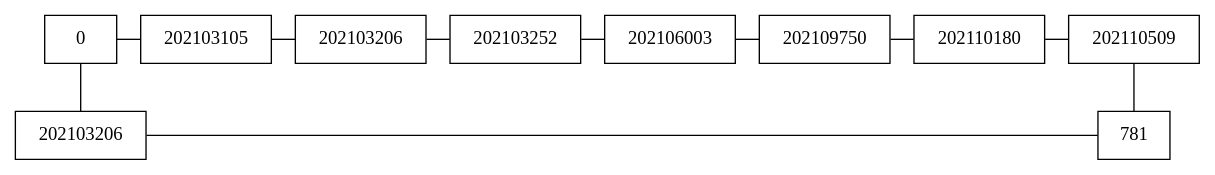
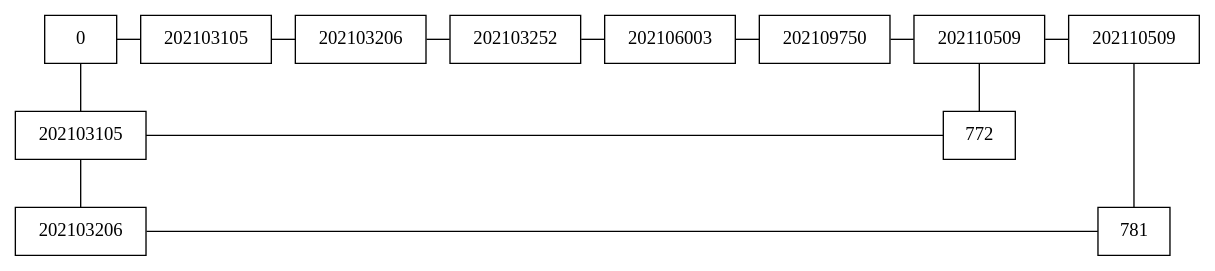
Before and after one commit to Juanj098/EDD_VD2S2023_PY_201900532: the diagram in matriz.dot, drawn with Graphviz. The commit also changed 4 other files, not shown here.

```diff
--- a/matriz.dot
+++ b/matriz.dot
@@ -1,29 +1,36 @@
 
 digraph G {
 	node[shape=cluster]
 	rankdir=UD
 	{rank = min
-		nodo00[label="0" rankdir=LR group="0"]
-		nodo20[label="202103105" rankdir=LR group="2"]
-		nodo30[label="202103206" rankdir=LR group="3"]
-		nodo40[label="202103252" rankdir=LR group="4"]
-		nodo50[label="202106003" rankdir=LR group="5"]
-		nodo60[label="202109750" rankdir=LR group="6"]
-		nodo70[label="202110180" rankdir=LR group="7"]
-		nodo80[label="202110509" rankdir=LR group="8"]
+		nodo00[label="0" rankdir=LR group=0]
+		nodo20[label="202103105" rankdir=LR group=2]
+		nodo30[label="202103206" rankdir=LR group=3]
+		nodo40[label="202103252" rankdir=LR group=4]
+		nodo50[label="202106003" rankdir=LR group=5]
+		nodo60[label="202109750" rankdir=LR group=6]
+		nodo70[label="202110509" rankdir=LR group=7]
+		nodo80[label="202110509" rankdir=LR group=8]
 	}
 	{rank=same
-		nodo02[label="202103206" group="0"]
-		nodo82[label="781" group="8"]
+		nodo02[label="202103105" group=0]
+		nodo72[label="772" group=7]
+	}
+	{rank=same
+		nodo03[label="202103206" group=0]
+		nodo83[label="781" group=8]
 	}
 	nodo00 -> nodo20[arrowhead=none]
 	nodo20 -> nodo30[arrowhead=none]
 	nodo30 -> nodo40[arrowhead=none]
 	nodo40 -> nodo50[arrowhead=none]
 	nodo50 -> nodo60[arrowhead=none]
 	nodo60 -> nodo70[arrowhead=none]
 	nodo70 -> nodo80[arrowhead=none]
-	nodo02 -> nodo82[arrowhead=none]
+	nodo02 -> nodo72[arrowhead=none]
+	nodo03 -> nodo83[arrowhead=none]
 	nodo00 -> nodo02[arrowhead=none]
-	nodo80 -> nodo82[arrowhead=none]
+	nodo02 -> nodo03[arrowhead=none]
+	nodo70 -> nodo72[arrowhead=none]
+	nodo80 -> nodo83[arrowhead=none]
 }
```
